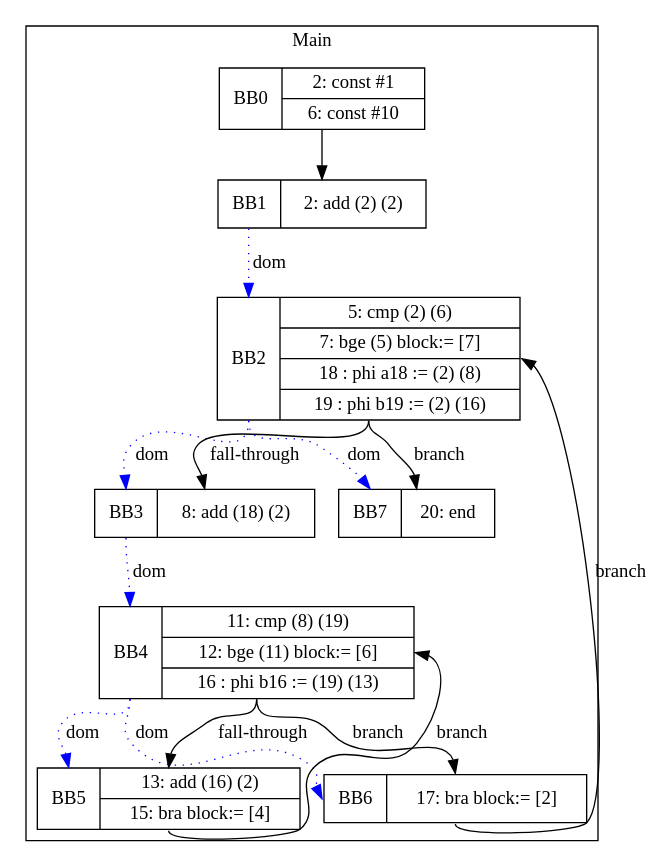
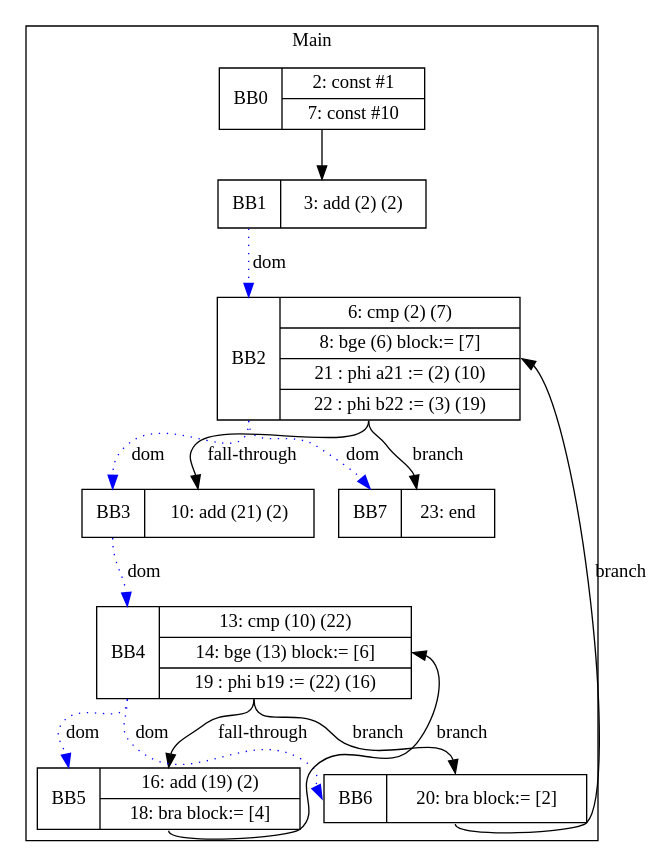
Before and after one commit to zjc664656505/UCI-CS241-Advanced-Compiler-main: the diagram in visualization/cbelem/while/nested_while_no_expr_elim.gv, drawn with Graphviz. The commit also changed 62 other files, not shown here.

```diff
--- a/visualization/cbelem/while/nested_while_no_expr_elim.gv
+++ b/visualization/cbelem/while/nested_while_no_expr_elim.gv
@@ -1,27 +1,27 @@
 digraph G {
 node [shape=record];
 subgraph cluster_main{
 label = "Main";
-BB0 [shape=record, label="<b>BB0|{2: const #1|6: const #10}"];
-BB1 [shape=record, label="<b>BB1|{2: add (2) (2)}"];
-BB2 [shape=record, label="<b>BB2|{5: cmp (2) (6)|7: bge (5) block:= [7]|18 : phi a18 := (2) (8)|19 : phi b19 := (2) (16)}"];
-BB3 [shape=record, label="<b>BB3|{8: add (18) (2)}"];
-BB4 [shape=record, label="<b>BB4|{11: cmp (8) (19)|12: bge (11) block:= [6]|16 : phi b16 := (19) (13)}"];
-BB5 [shape=record, label="<b>BB5|{13: add (16) (2)|15: bra block:= [4]}"];
-BB6 [shape=record, label="<b>BB6|{17: bra block:= [2]}"];
-BB7 [shape=record, label="<b>BB7|{20: end}"];
+BB0 [shape=record, label="<b>BB0|{2: const #1|7: const #10}"];
+BB1 [shape=record, label="<b>BB1|{3: add (2) (2)}"];
+BB2 [shape=record, label="<b>BB2|{6: cmp (2) (7)|8: bge (6) block:= [7]|21 : phi a21 := (2) (10)|22 : phi b22 := (3) (19)}"];
+BB3 [shape=record, label="<b>BB3|{10: add (21) (2)}"];
+BB4 [shape=record, label="<b>BB4|{13: cmp (10) (22)|14: bge (13) block:= [6]|19 : phi b19 := (22) (16)}"];
+BB5 [shape=record, label="<b>BB5|{16: add (19) (2)|18: bra block:= [4]}"];
+BB6 [shape=record, label="<b>BB6|{20: bra block:= [2]}"];
+BB7 [shape=record, label="<b>BB7|{23: end}"];
 }
 BB0:s -> BB1:n ;
 BB1:b -> BB2:b [color=blue, style=dotted, label="dom"];
 BB3:b -> BB4:b [color=blue, style=dotted, label="dom"];
 BB2:b -> BB7:b [color=blue, style=dotted, label="dom"];
 BB4:b -> BB6:b [color=blue, style=dotted, label="dom"];
 BB2:b -> BB3:b [color=blue, style=dotted, label="dom"];
 BB4:b -> BB5:b [color=blue, style=dotted, label="dom"];
 BB4:s -> BB6:n [label="branch"];
 BB2:s -> BB7:n [label="branch"];
 BB6:s -> BB2:e [label="branch"];
 BB5:s -> BB4:e [label="branch"];
 BB2:s -> BB3:n [label="fall-through"];
 BB4:s -> BB5:n [label="fall-through"];
 }
```
